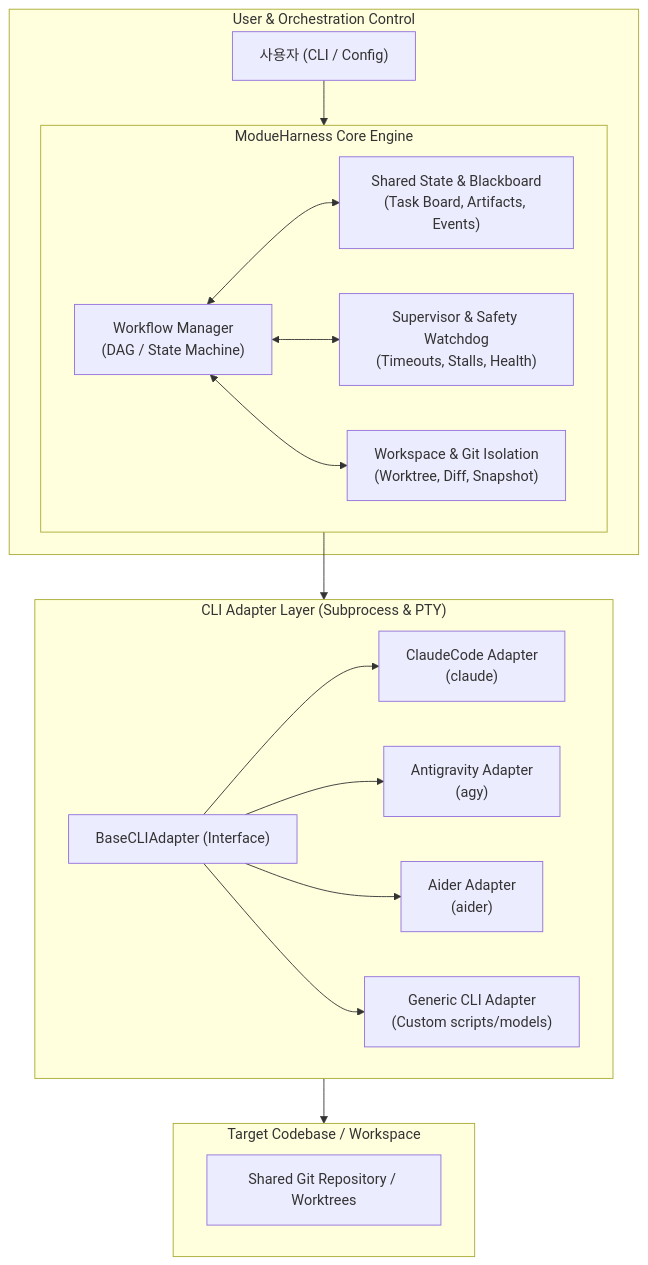
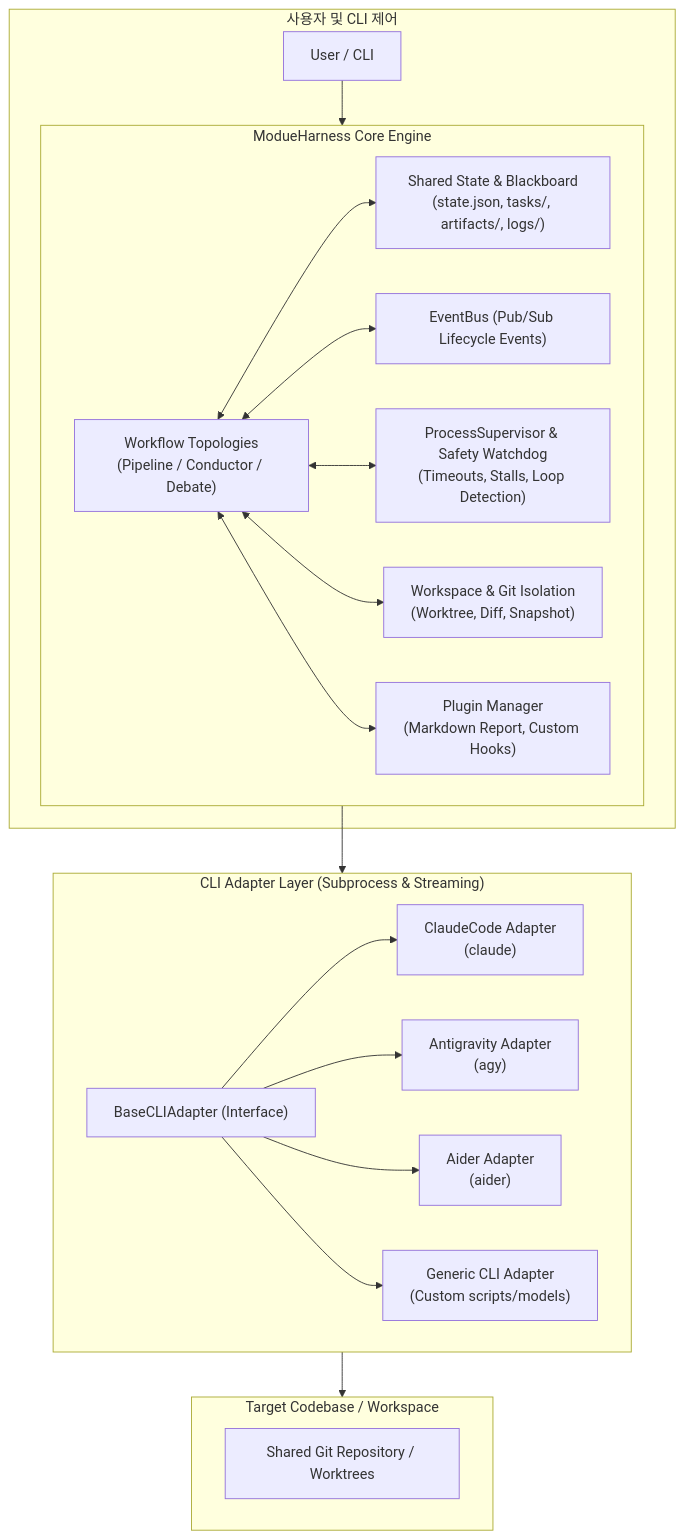
One commit to jaenimi-dev/ModueHarness changed the first of 2 diagrams in docs/architecture.md. Above: the diagram before and after it, drawn with Mermaid. The commit also changed other lines of this file and 3 other files, not shown here.

````diff
--- a/docs/architecture.md
+++ b/docs/architecture.md
@@ -17,38 +17,42 @@
 ```mermaid
 flowchart TB
-    subgraph UserInterface["User & Orchestration Control"]
-        User["사용자 (CLI / Config)"] --> CoreEngine["ModueHarness Core Engine"]
+    subgraph UserInterface["사용자 및 CLI 제어"]
+        User["User / CLI"] --> CoreEngine["ModueHarness Core Engine"]
     end
 
     subgraph CoreEngine["ModueHarness Core Engine"]
-        WorkflowMgr["Workflow Manager\n(DAG / State Machine)"]
-        Blackboard["Shared State & Blackboard\n(Task Board, Artifacts, Events)"]
-        Supervisor["Supervisor & Safety Watchdog\n(Timeouts, Stalls, Health)"]
+        WorkflowMgr["Workflow Topologies\n(Pipeline / Conductor / Debate)"]
+        Blackboard["Shared State & Blackboard\n(state.json, tasks/, artifacts/, logs/)"]
+        EventBus["EventBus (Pub/Sub Lifecycle Events)"]
+        Supervisor["ProcessSupervisor & Safety Watchdog\n(Timeouts, Stalls, Loop Detection)"]
         WorkspaceMgr["Workspace & Git Isolation\n(Worktree, Diff, Snapshot)"]
+        Plugins["Plugin Manager\n(Markdown Report, Custom Hooks)"]
         
         WorkflowMgr <--> Blackboard
+        WorkflowMgr <--> EventBus
         WorkflowMgr <--> Supervisor
         WorkflowMgr <--> WorkspaceMgr
+        WorkflowMgr <--> Plugins
     end
 
-    subgraph AdapterLayer["CLI Adapter Layer (Subprocess & PTY)"]
+    subgraph AdapterLayer["CLI Adapter Layer (Subprocess & Streaming)"]
         BaseAdapter["BaseCLIAdapter (Interface)"]
         
         ClaudeAdapter["ClaudeCode Adapter\n(claude)"]
         AGYAdapter["Antigravity Adapter\n(agy)"]
         AiderAdapter["Aider Adapter\n(aider)"]
         GenericAdapter["Generic CLI Adapter\n(Custom scripts/models)"]
         
         BaseAdapter --> ClaudeAdapter
         BaseAdapter --> AGYAdapter
         BaseAdapter --> AiderAdapter
         BaseAdapter --> GenericAdapter
     end
 
     subgraph TargetWorkspace["Target Codebase / Workspace"]
         SharedRepo["Shared Git Repository / Worktrees"]
     end
 
     CoreEngine --> AdapterLayer
     AdapterLayer --> TargetWorkspace
 ```
````
